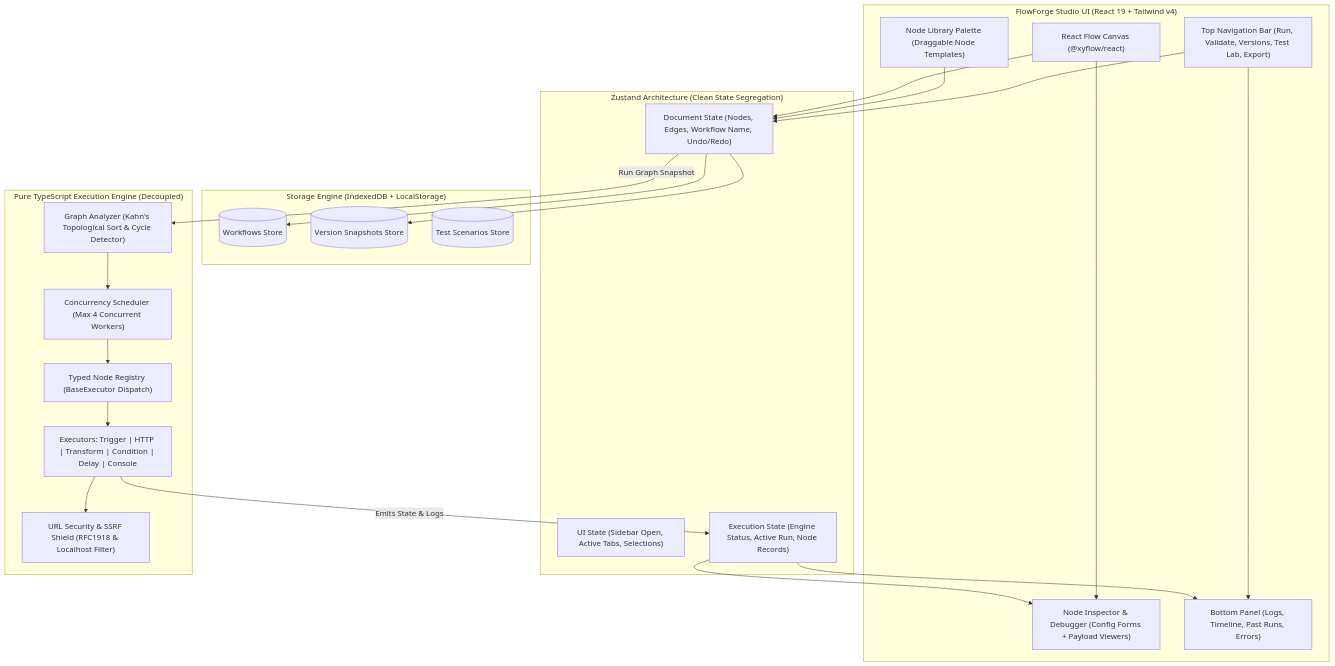
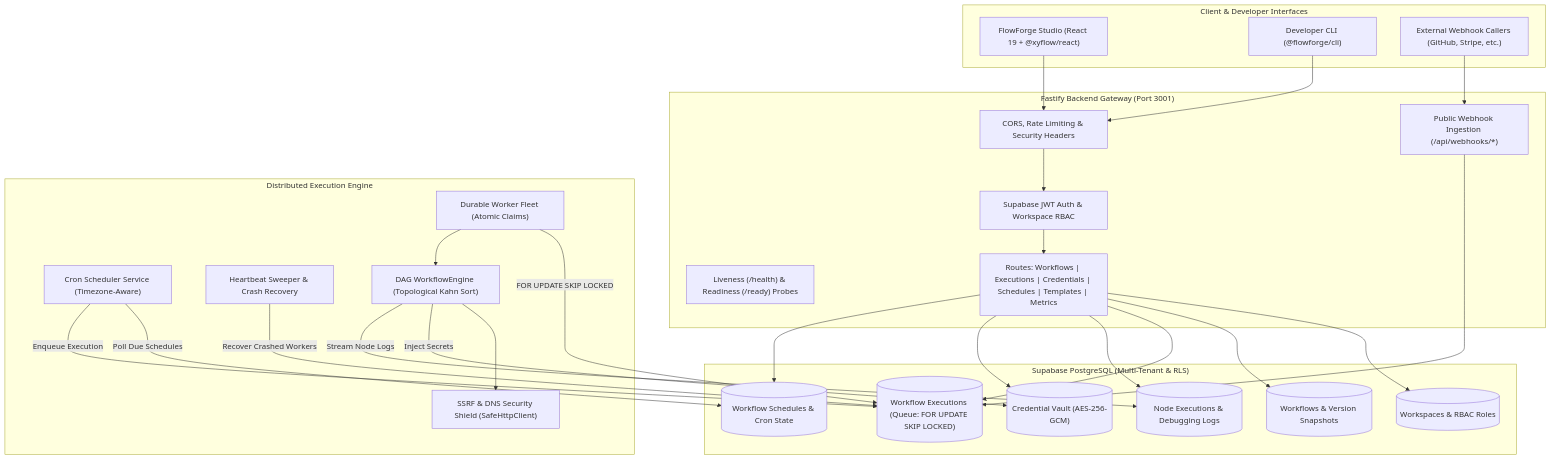
The diagram in README.md (Vasanthv-cs/FlowForge), drawn with Mermaid before and after one commit. The commit also changed other lines of this file and 143 other files, not shown here.

Commit message:
chore(release): prepare FlowForge v1.0.0-rc1 release candidate and portfolio documentation

````diff
--- a/README.md
+++ b/README.md
@@ -60,48 +70,58 @@
 ```mermaid
 flowchart TD
-    subgraph UI_Layer ["FlowForge Studio UI (React 19 + Tailwind v4)"]
-        TopNav["Top Navigation Bar (Run, Validate, Versions, Test Lab, Export)"]
-        LeftPalette["Node Library Palette (Draggable Node Templates)"]
-        Canvas["React Flow Canvas (@xyflow/react)"]
-        RightInspector["Node Inspector & Debugger (Config Forms + Payload Viewers)"]
-        BottomConsole["Bottom Panel (Logs, Timeline, Past Runs, Errors)"]
+    subgraph Client_Tier ["Client & Developer Interfaces"]
+        UI["FlowForge Studio (React 19 + @xyflow/react)"]
+        CLI["Developer CLI (@flowforge/cli)"]
+        ExternalWebhooks["External Webhook Callers (GitHub, Stripe, etc.)"]
     end
 
-    subgraph State_Layer ["Zustand Architecture (Clean State Segregation)"]
-        DocState["Document State (Nodes, Edges, Workflow Name, Undo/Redo)"]
-        UIState["UI State (Sidebar Open, Active Tabs, Selections)"]
-        ExecState["Execution State (Engine Status, Active Run, Node Records)"]
+    subgraph API_Gateway ["Fastify Backend Gateway (Port 3001)"]
+        Security["CORS, Rate Limiting & Security Headers"]
+        AuthGate["Supabase JWT Auth & Workspace RBAC"]
+        Health["Liveness (/health) & Readiness (/ready) Probes"]
+        APIRoutes["Routes: Workflows | Executions | Credentials | Schedules | Templates | Metrics"]
+        WebhookHandler["Public Webhook Ingestion (/api/webhooks/*)"]
     end
 
-    subgraph Persistence_Layer ["Storage Engine (IndexedDB + LocalStorage)"]
-        IDB_Workflows[("Workflows Store")]
-        IDB_Versions[("Version Snapshots Store")]
-        IDB_Scenarios[("Test Scenarios Store")]
+    subgraph Data_Tier ["Supabase PostgreSQL (Multi-Tenant & RLS)"]
+        Workspaces[("Workspaces & RBAC Roles")]
+        WorkflowsTable[("Workflows & Version Snapshots")]
+        ExecutionQueue[("Workflow Executions (Queue: FOR UPDATE SKIP LOCKED)")]
+        NodeLogs[("Node Executions & Debugging Logs")]
+        VaultTable[("Credential Vault (AES-256-GCM)")]
+        SchedulesTable[("Workflow Schedules & Cron State")]
     end
 
-    subgraph Core_Engine ["Pure TypeScript Execution Engine (Decoupled)"]
-        GraphValidator["Graph Analyzer (Kahn's Topological Sort & Cycle Detector)"]
-        ConcurrencyPool["Concurrency Scheduler (Max 4 Concurrent Workers)"]
-        NodeRegistry["Typed Node Registry (BaseExecutor Dispatch)"]
-        Executors["Executors: Trigger | HTTP | Transform | Condition | Delay | Console"]
-        SecurityShield["URL Security & SSRF Shield (RFC1918 & Localhost Filter)"]
+    subgraph Worker_Tier ["Distributed Execution Engine"]
+        WorkerPool["Durable Worker Fleet (Atomic Claims)"]
+        Scheduler["Cron Scheduler Service (Timezone-Aware)"]
+        Sweeper["Heartbeat Sweeper & Crash Recovery"]
+        CoreEngine["DAG WorkflowEngine (Topological Kahn Sort)"]
+        SSRFShield["SSRF & DNS Security Shield (SafeHttpClient)"]
     end
 
-    TopNav --> DocState
-    LeftPalette --> DocState
-    Canvas --> DocState
-    DocState --> IDB_Workflows
-    DocState --> IDB_Versions
+    UI --> Security
+    CLI --> Security
+    ExternalWebhooks --> WebhookHandler
 
-    Canvas --> RightInspector
-    TopNav --> BottomConsole
+    Security --> AuthGate
+    AuthGate --> APIRoutes
+    WebhookHandler --> ExecutionQueue
 
-    DocState -->|Run Graph Snapshot| GraphValidator
-    GraphValidator --> ConcurrencyPool
-    ConcurrencyPool --> NodeRegistry
-    NodeRegistry --> Executors
-    Executors --> SecurityShield
-    Executors -->|Emits State & Logs| ExecState
-    ExecState --> BottomConsole
-    ExecState --> RightInspector
+    APIRoutes --> Workspaces
+    APIRoutes --> WorkflowsTable
+    APIRoutes --> ExecutionQueue
+    APIRoutes --> NodeLogs
+    APIRoutes --> VaultTable
+    APIRoutes --> SchedulesTable
+
+    WorkerPool -->|FOR UPDATE SKIP LOCKED| ExecutionQueue
+    WorkerPool --> CoreEngine
+    Scheduler -->|Poll Due Schedules| SchedulesTable
+    Scheduler -->|Enqueue Execution| ExecutionQueue
+    Sweeper -->|Recover Crashed Workers| ExecutionQueue
+
+    CoreEngine --> SSRFShield
+    CoreEngine -->|Inject Secrets| VaultTable
+    CoreEngine -->|Stream Node Logs| NodeLogs
 ```
````
